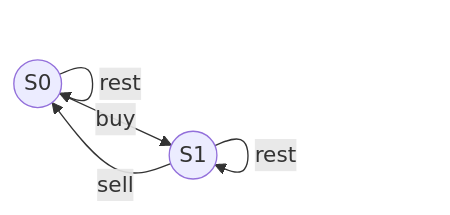
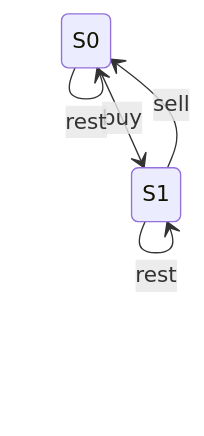
The first of 3 diagrams in _posts/2020-10-06-state-machine.markdown (qinghaoh/qinghaoh.github.io), drawn with Mermaid before and after one commit. The commit also changed other lines of this file and 3 other files, not shown here.

````diff
--- a/_posts/2020-10-06-state-machine.markdown
+++ b/_posts/2020-10-06-state-machine.markdown
@@ -8,7 +8,7 @@
 ```mermaid
-graph LR
-    s0((S0)) -- buy --> s1((S1))
-    s1 -- sell --> s0
-    s0 -- rest --> s0
-    s1 -- rest --> s1
+stateDiagram-v2
+    S0 --> S1: buy
+    S1 --> S0: sell
+    S0 --> S0: rest
+    S1 --> S1: rest
 ```
````
